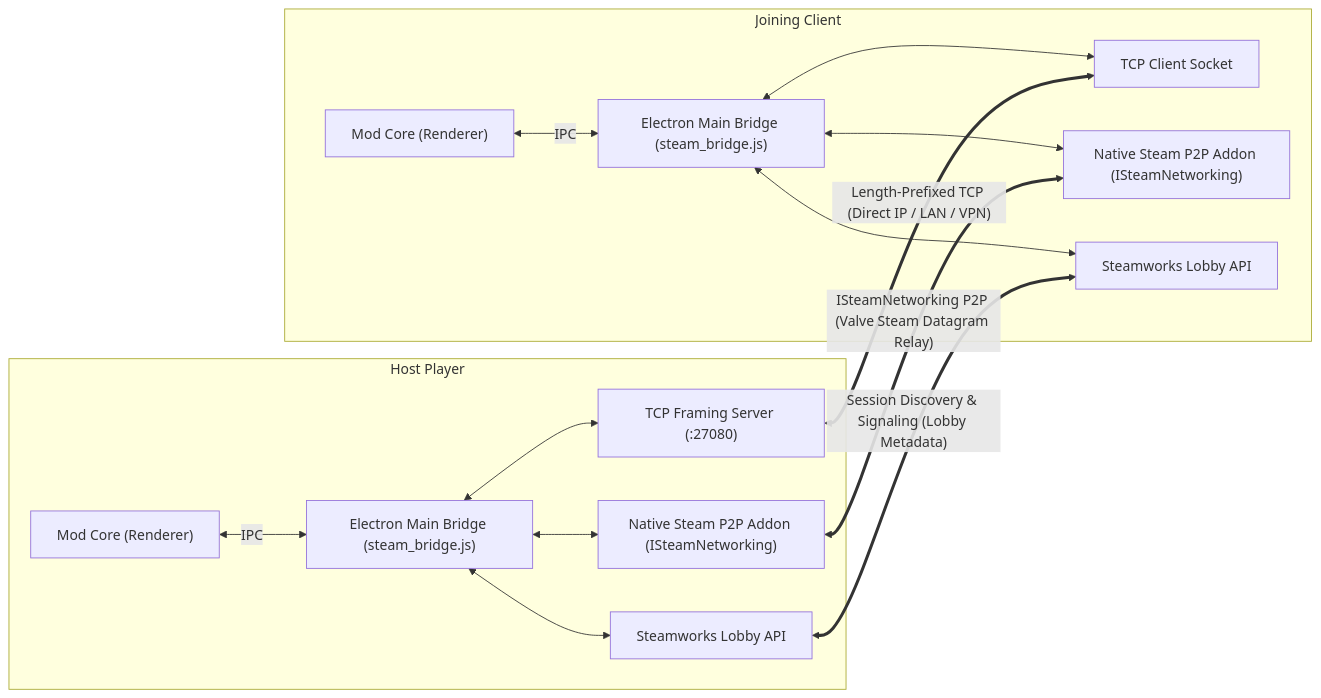
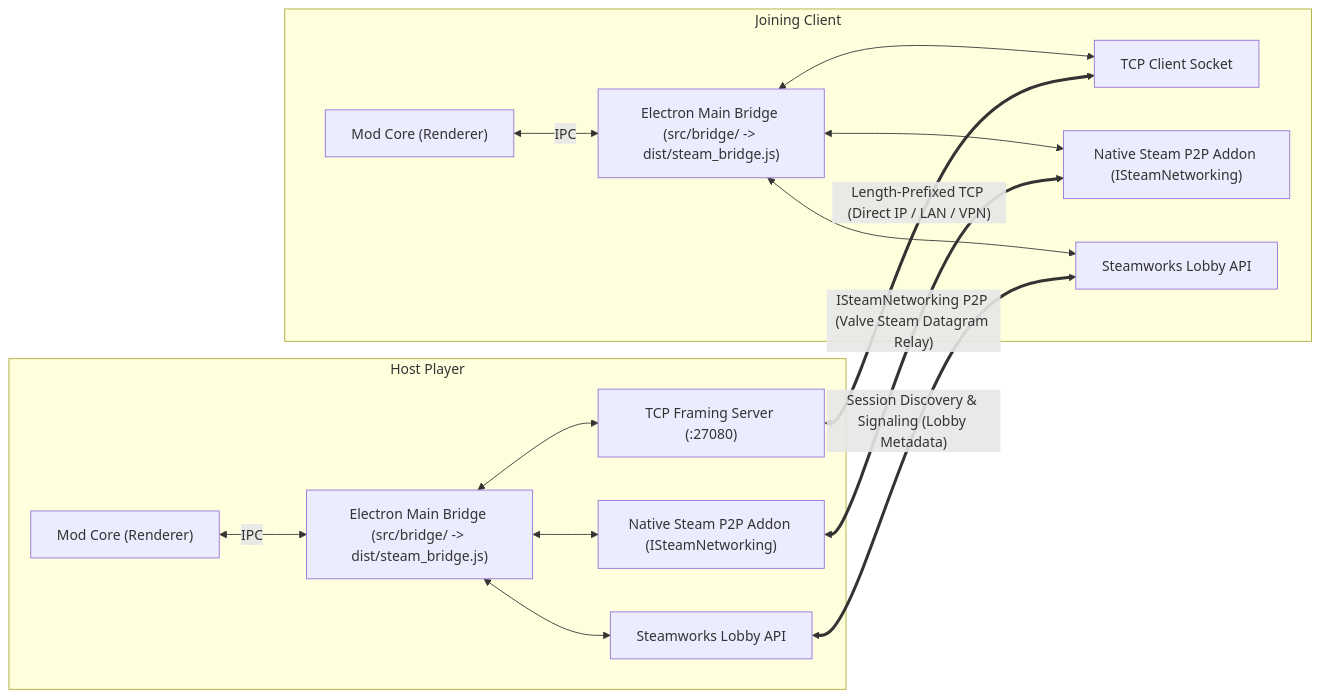
The diagram in docs/technical-design/networking-protocol.md (mjyousif/shapez-steam-multiplayer-mod), drawn with Mermaid before and after one commit. The commit also changed other lines of this file and 8 other files, not shown here.

````diff
--- a/docs/technical-design/networking-protocol.md
+++ b/docs/technical-design/networking-protocol.md
@@ -10,32 +10,32 @@
 ```mermaid
 flowchart LR
     subgraph Host["Host Player"]
         HTCP["TCP Framing Server (:27080)"]
-        HBridge["Electron Main Bridge (steam_bridge.js)"]
+        HBridge["Electron Main Bridge (src/bridge/ -> dist/steam_bridge.js)"]
         HNativeP2P["Native Steam P2P Addon (ISteamNetworking)"]
         HLobby["Steamworks Lobby API"]
         HMod["Mod Core (Renderer)"]
 
         HMod <-->|IPC| HBridge
         HBridge <--> HTCP
         HBridge <--> HNativeP2P
         HBridge <--> HLobby
     end
 
     subgraph Client["Joining Client"]
         CTCP["TCP Client Socket"]
-        CBridge["Electron Main Bridge (steam_bridge.js)"]
+        CBridge["Electron Main Bridge (src/bridge/ -> dist/steam_bridge.js)"]
         CNativeP2P["Native Steam P2P Addon (ISteamNetworking)"]
         CLobby["Steamworks Lobby API"]
         CMod["Mod Core (Renderer)"]
 
         CMod <-->|IPC| CBridge
         CBridge <--> CTCP
         CBridge <--> CNativeP2P
         CBridge <--> CLobby
     end
 
     HTCP <==> |"Length-Prefixed TCP (Direct IP / LAN / VPN)"| CTCP
     HLobby <==> |"Session Discovery & Signaling (Lobby Metadata)"| CLobby
     HNativeP2P <==> |"ISteamNetworking P2P (Valve Steam Datagram Relay)"| CNativeP2P
 ```
````
